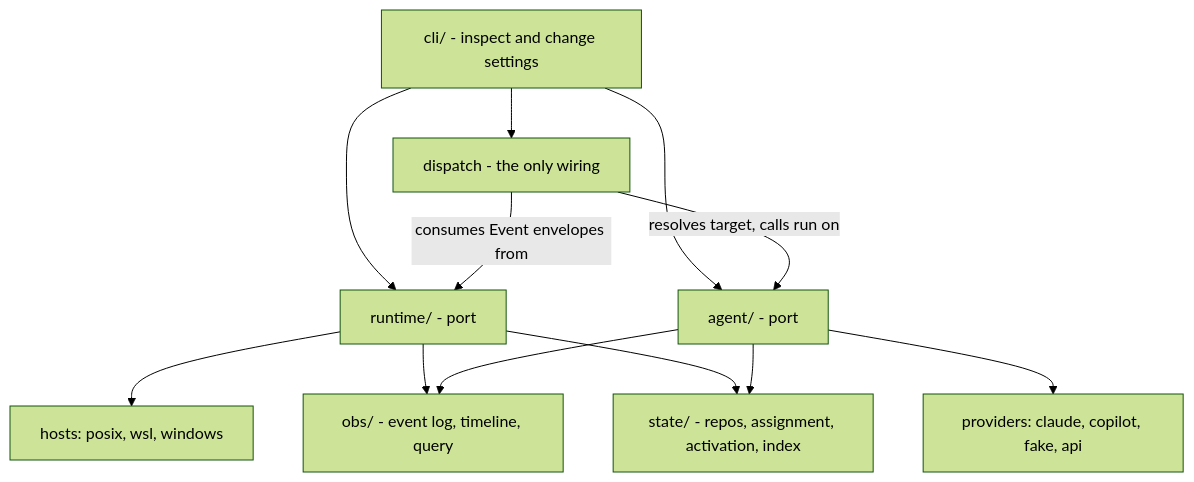
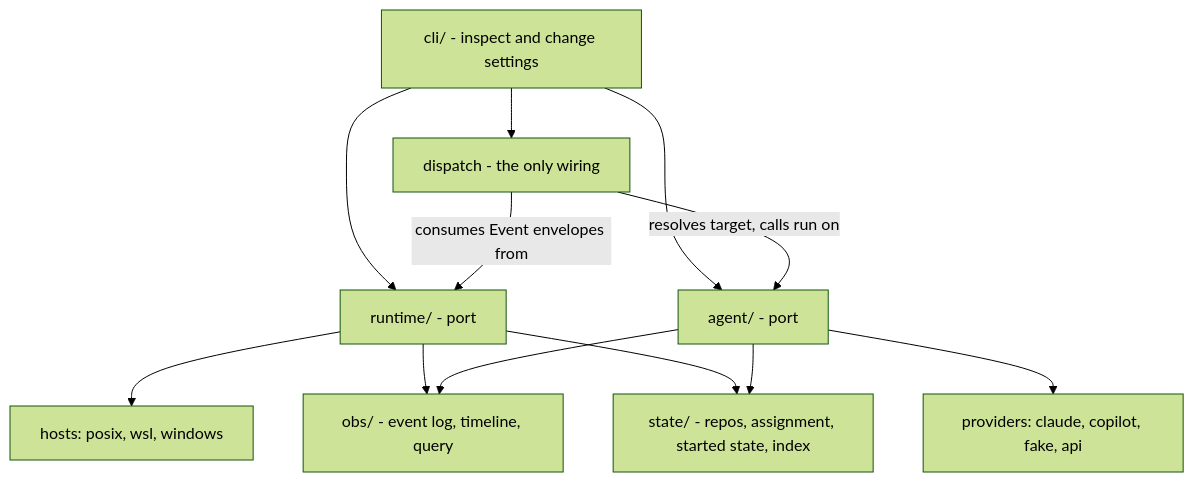
The diagram in docs/refactoring-runtime-and-agent-seams.md (johnshew/agents-live), drawn with Mermaid (forest theme) before and after one commit. The commit also changed other lines of this file, not shown here.

First line of the commit message:
docs: name the collection contract and settle on started or stopped

````diff
--- a/docs/refactoring-runtime-and-agent-seams.md
+++ b/docs/refactoring-runtime-and-agent-seams.md
@@ -134,14 +134,14 @@
 ```mermaid
 graph TD
     CLI[cli/ - inspect and change settings] --> RT[runtime/ - port]
     CLI --> AG[agent/ - port]
     RT --> HOSTS[hosts: posix, wsl, windows]
     AG --> PROV[providers: claude, copilot, fake, api]
     CLI --> DISP[dispatch - the only wiring]
     DISP -->|consumes Event envelopes from| RT
     DISP -->|resolves target, calls run on| AG
     RT --> OBS[obs/ - event log, timeline, query]
     AG --> OBS
-    RT --> ST[state/ - repos, assignment, activation, index]
+    RT --> ST[state/ - repos, assignment, started state, index]
     AG --> ST
 ```
````
